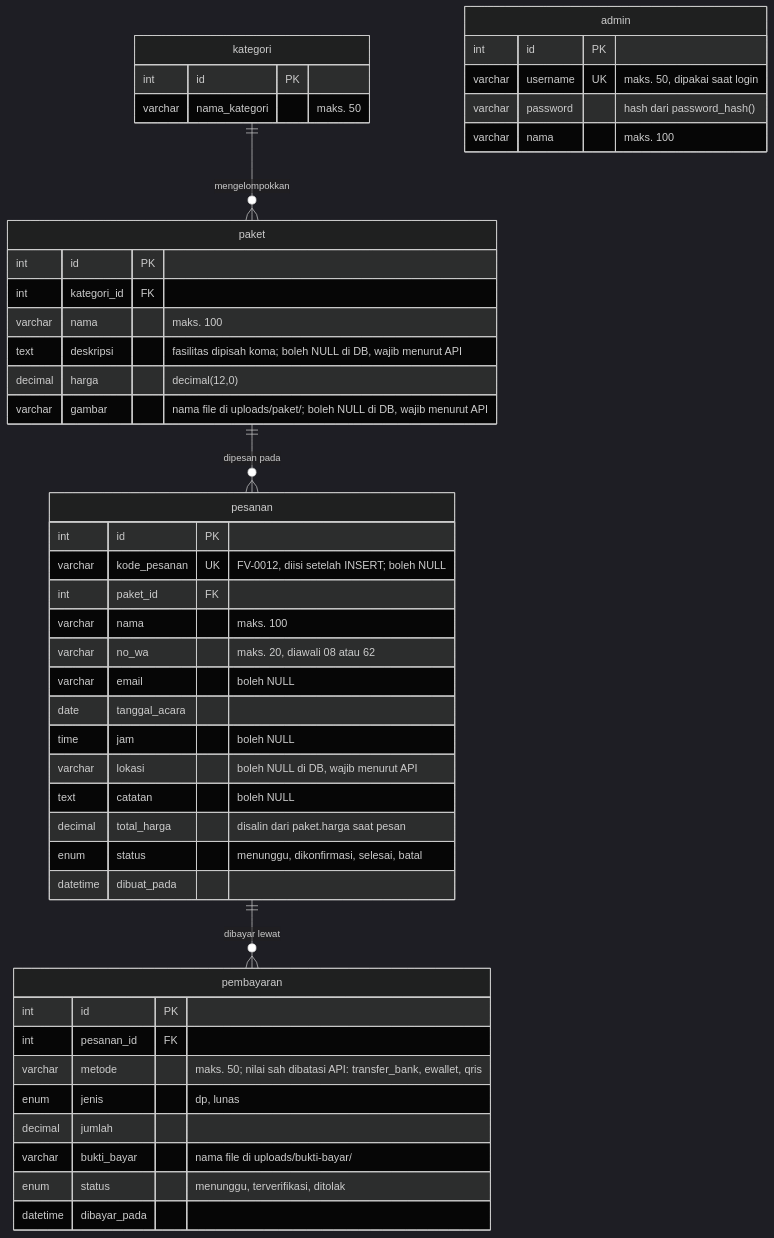
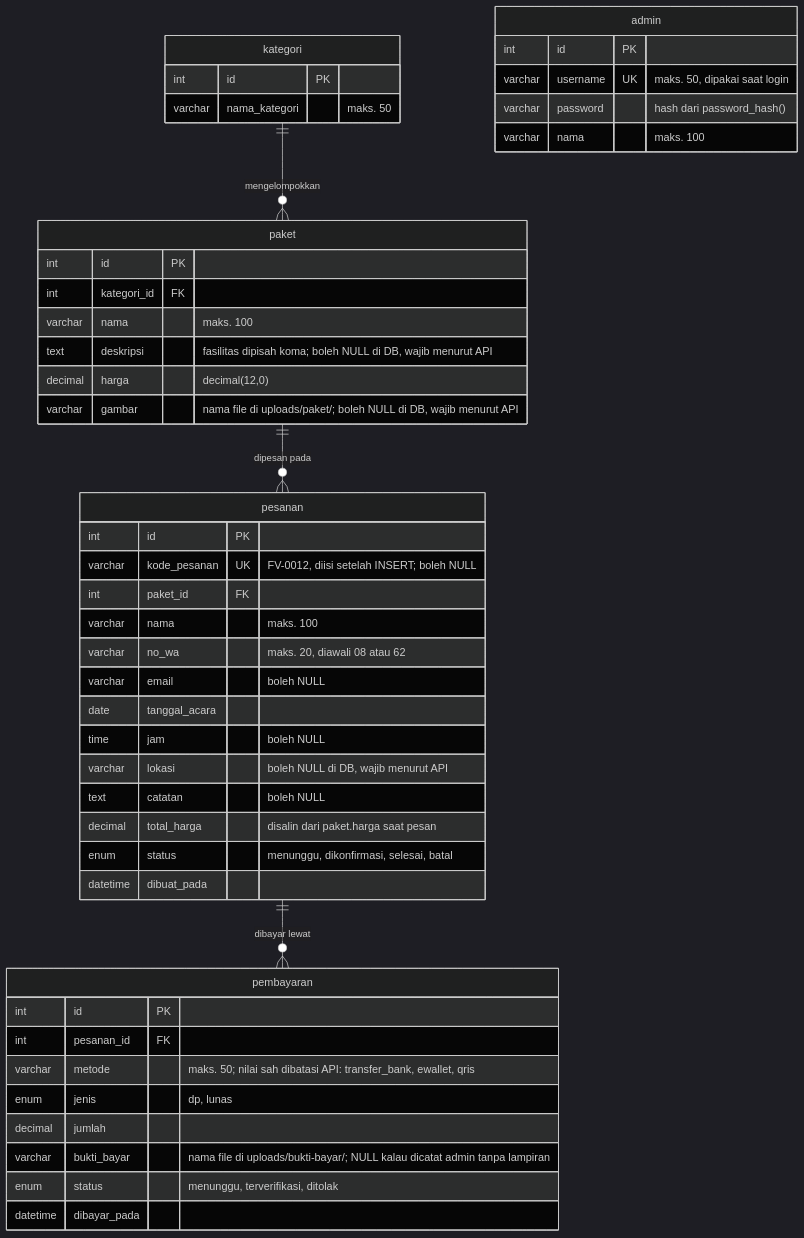
One commit to gustirizqon123-ops/Website_Jasa_PhotoVideo_SistemOperasi changed the diagram in ERD.md. Above: the diagram before and after it, drawn with Mermaid (dark theme). The commit also changed other lines of this file and 9 other files, not shown here.

First line of the commit message:
Finalkan ALUR-SISTEM.md, sesuaikan SITEMAP.md dan ERD.md

````diff
--- a/ERD.md
+++ b/ERD.md
@@ -12,54 +12,54 @@
 ```mermaid
 erDiagram
     kategori ||--o{ paket      : "mengelompokkan"
     paket    ||--o{ pesanan    : "dipesan pada"
     pesanan  ||--o{ pembayaran : "dibayar lewat"
 
     admin {
         int      id            PK
         varchar  username      UK "maks. 50, dipakai saat login"
         varchar  password         "hash dari password_hash()"
         varchar  nama             "maks. 100"
     }
 
     kategori {
         int      id            PK
         varchar  nama_kategori    "maks. 50"
     }
 
     paket {
         int      id            PK
         int      kategori_id   FK
         varchar  nama             "maks. 100"
         text     deskripsi        "fasilitas dipisah koma; boleh NULL di DB, wajib menurut API"
         decimal  harga            "decimal(12,0)"
         varchar  gambar           "nama file di uploads/paket/; boleh NULL di DB, wajib menurut API"
     }
 
     pesanan {
         int      id             PK
         varchar  kode_pesanan   UK "FV-0012, diisi setelah INSERT; boleh NULL"
         int      paket_id       FK
         varchar  nama              "maks. 100"
         varchar  no_wa             "maks. 20, diawali 08 atau 62"
         varchar  email             "boleh NULL"
         date     tanggal_acara
         time     jam               "boleh NULL"
         varchar  lokasi            "boleh NULL di DB, wajib menurut API"
         text     catatan           "boleh NULL"
         decimal  total_harga       "disalin dari paket.harga saat pesan"
         enum     status            "menunggu, dikonfirmasi, selesai, batal"
         datetime dibuat_pada
     }
 
     pembayaran {
         int      id           PK
         int      pesanan_id   FK
         varchar  metode          "maks. 50; nilai sah dibatasi API: transfer_bank, ewallet, qris"
         enum     jenis           "dp, lunas"
         decimal  jumlah
-        varchar  bukti_bayar     "nama file di uploads/bukti-bayar/"
+        varchar  bukti_bayar     "nama file di uploads/bukti-bayar/; NULL kalau dicatat admin tanpa lampiran"
         enum     status          "menunggu, terverifikasi, ditolak"
         datetime dibayar_pada
     }
 ```
````
